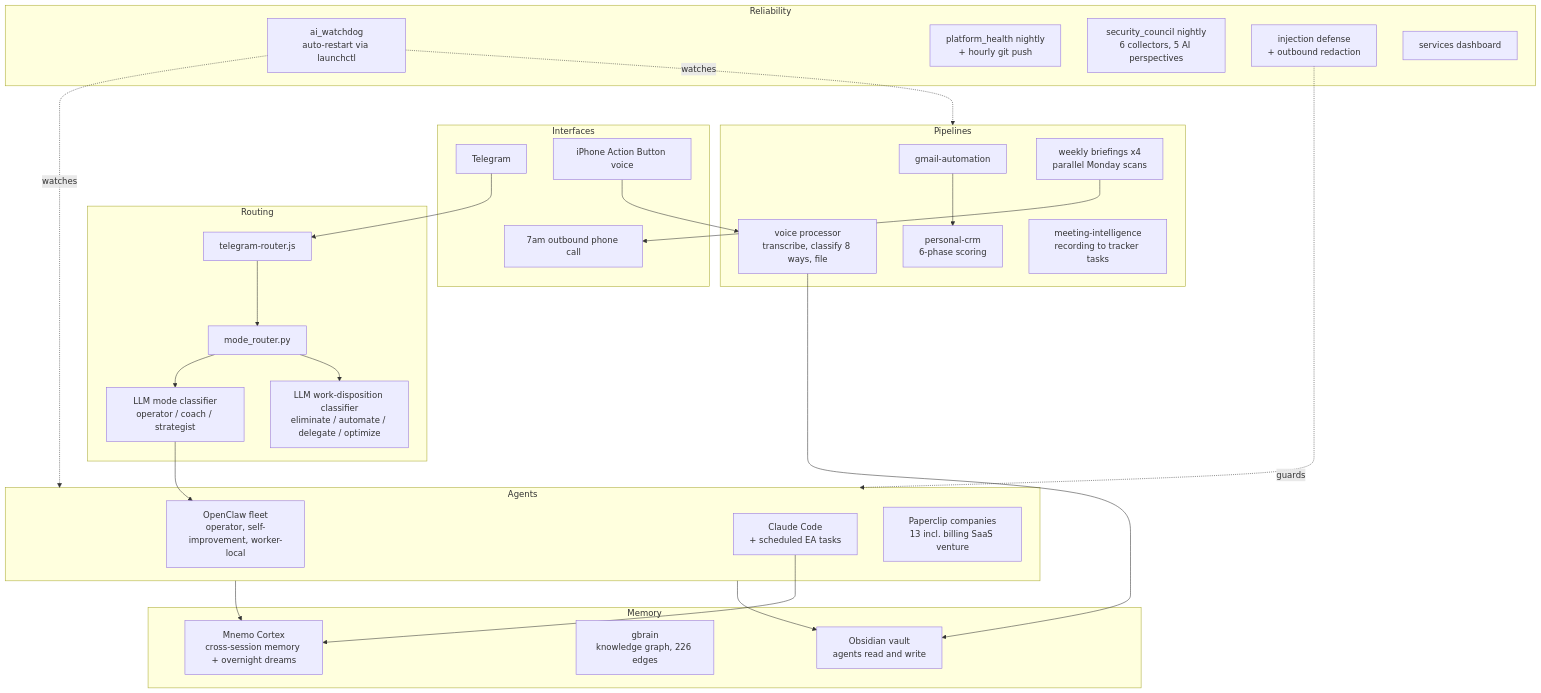
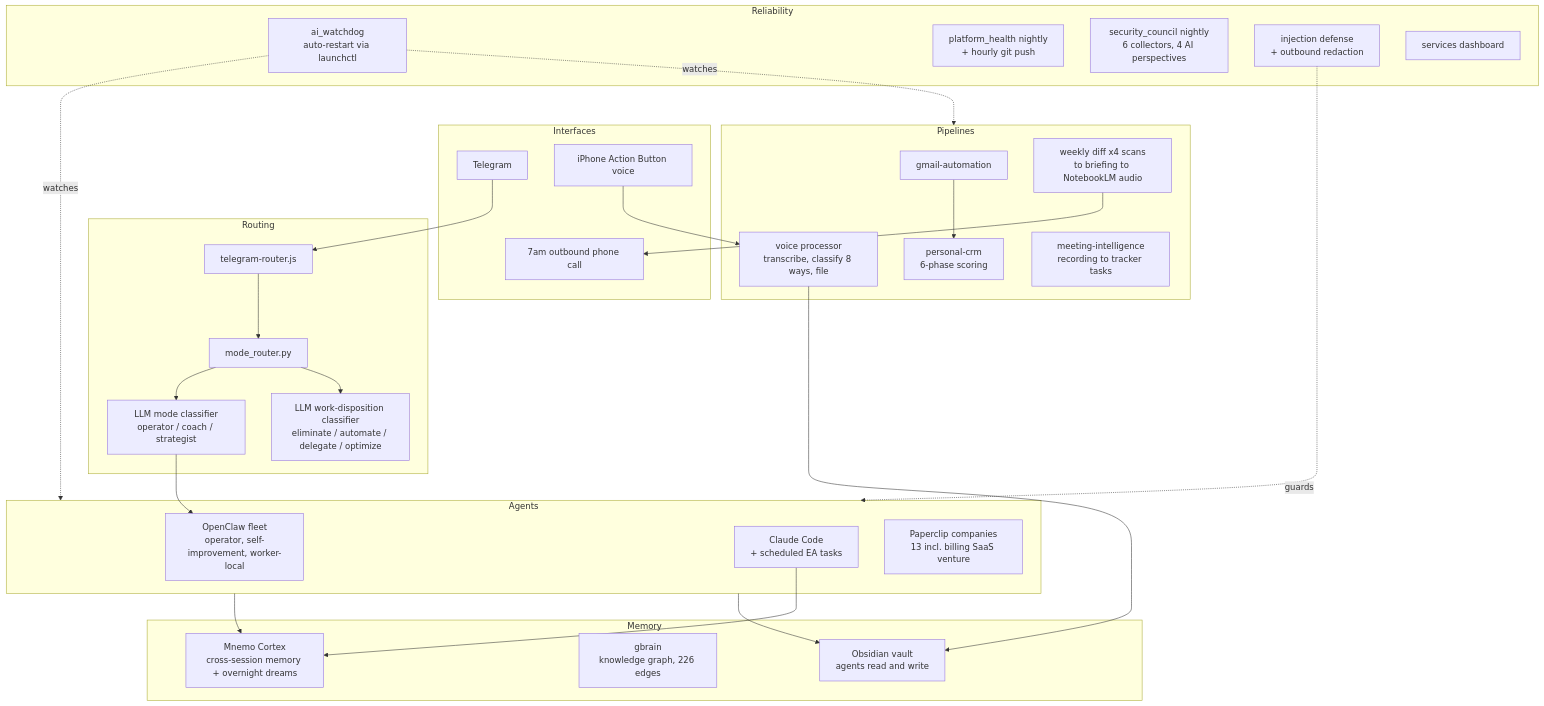
Before and after one commit to JustinTSmith/systems: the diagram in README.md, drawn with Mermaid. The commit also changed other lines of this file, not shown here.

Commit message:
Add research-to-audio pipeline, fix perspective count

````diff
--- a/README.md
+++ b/README.md
@@ -13,52 +13,52 @@
 ```mermaid
 flowchart TD
     subgraph Interfaces
         TG[Telegram]
         AB[iPhone Action Button voice]
         CALL[7am outbound phone call]
     end
 
     subgraph Routing
         TR[telegram-router.js] --> MR[mode_router.py]
         MR --> MC[LLM mode classifier<br/>operator / coach / strategist]
         MR --> LC[LLM work-disposition classifier<br/>eliminate / automate / delegate / optimize]
     end
 
     subgraph Agents
         OC[OpenClaw fleet<br/>operator, self-improvement, worker-local]
         CC[Claude Code<br/>+ scheduled EA tasks]
         PC[Paperclip companies<br/>13 incl. billing SaaS venture]
     end
 
     subgraph Memory
         MN[Mnemo Cortex<br/>cross-session memory + overnight dreams]
         GB[gbrain<br/>knowledge graph, 226 edges]
         OB[Obsidian vault<br/>agents read and write]
     end
 
     subgraph Pipelines
         GM[gmail-automation] --> CRM[personal-crm<br/>6-phase scoring]
         VP[voice processor<br/>transcribe, classify 8 ways, file]
-        WB[weekly briefings x4<br/>parallel Monday scans]
+        WB[weekly diff x4 scans<br/>to briefing to NotebookLM audio]
         MI[meeting-intelligence<br/>recording to tracker tasks]
     end
 
     subgraph Reliability
         WD[ai_watchdog<br/>auto-restart via launchctl]
         PH[platform_health nightly<br/>+ hourly git push]
-        SC[security_council nightly<br/>6 collectors, 5 AI perspectives]
+        SC[security_council nightly<br/>6 collectors, 4 AI perspectives]
         SEC[injection defense<br/>+ outbound redaction]
         DASH[services dashboard]
     end
 
     TG --> TR
     AB --> VP --> OB
     Agents --> MN
     Agents --> OB
     MC --> OC
     CC --> MN
     WB --> CALL
     WD -.watches.-> Agents
     WD -.watches.-> Pipelines
     SEC -.guards.-> Agents
 ```
````
